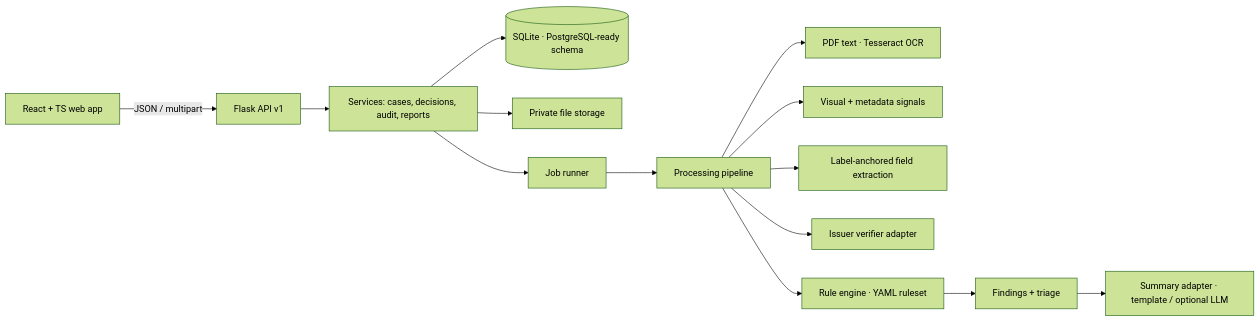
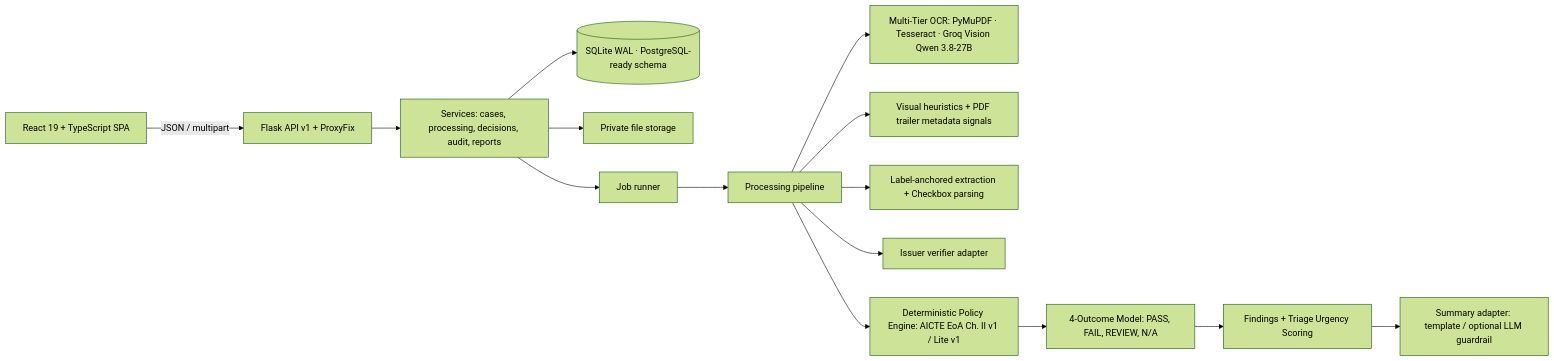
Before and after one commit to suryakrishna17/Veriscope: the first of 2 diagrams in docs/ARCHITECTURE.md, drawn with Mermaid (forest theme). The commit also changed other lines of this file and 9 other files, not shown here.

Commit message:
docs: synchronize all project markdown files with completed Steps 1-4 and live architecture

````diff
--- a/docs/ARCHITECTURE.md
+++ b/docs/ARCHITECTURE.md
@@ -3,16 +3,17 @@
 ```mermaid
 flowchart LR
-  UI[React + TS web app] -->|JSON / multipart| API[Flask API v1]
-  API --> SVC[Services: cases, decisions, audit, reports]
-  SVC --> DB[(SQLite · PostgreSQL-ready schema)]
+  UI[React 19 + TypeScript SPA] -->|JSON / multipart| API[Flask API v1 + ProxyFix]
+  API --> SVC[Services: cases, processing, decisions, audit, reports]
+  SVC --> DB[(SQLite WAL · PostgreSQL-ready schema)]
   SVC --> ST[Private file storage]
   SVC --> JOB[Job runner]
   JOB --> PIPE[Processing pipeline]
-  PIPE --> TXT[PDF text · Tesseract OCR]
-  PIPE --> SIG[Visual + metadata signals]
-  PIPE --> EXT[Label-anchored field extraction]
+  PIPE --> TXT[Multi-Tier OCR: PyMuPDF · Tesseract · Groq Vision Qwen 3.8-27B]
+  PIPE --> SIG[Visual heuristics + PDF trailer metadata signals]
+  PIPE --> EXT[Label-anchored extraction + Checkbox parsing]
   PIPE --> ISS[Issuer verifier adapter]
-  PIPE --> RULES[Rule engine · YAML ruleset]
-  RULES --> FIND[Findings + triage]
-  FIND --> AI[Summary adapter · template / optional LLM]
+  PIPE --> RULES[Deterministic Policy Engine: AICTE EoA Ch. II v1 / Lite v1]
+  RULES --> EVAL[4-Outcome Model: PASS, FAIL, REVIEW, N/A]
+  EVAL --> FIND[Findings + Triage Urgency Scoring]
+  FIND --> AI[Summary adapter: template / optional LLM guardrail]
 ```
````
